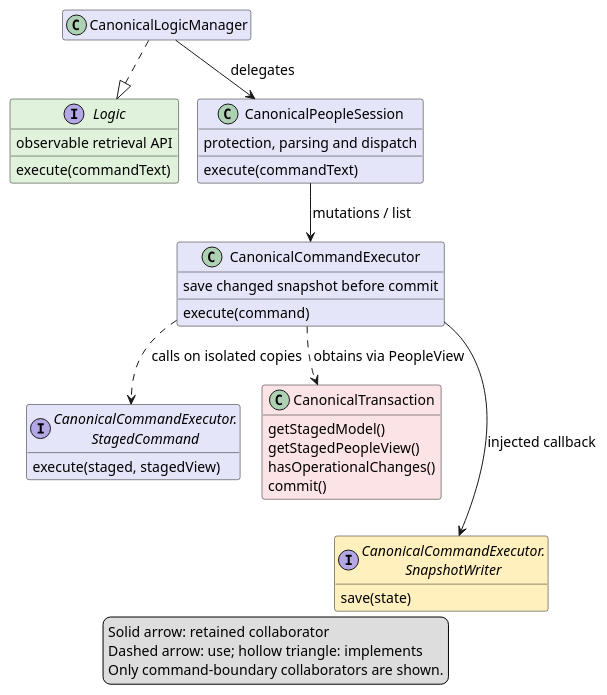
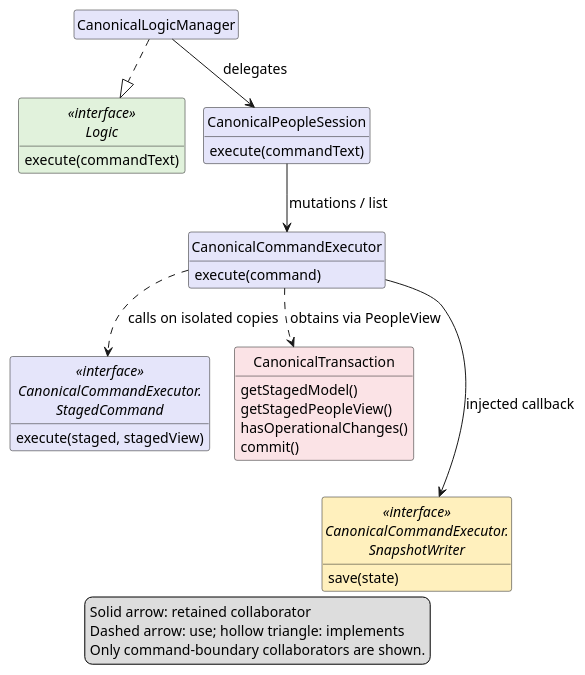
One commit to AY2627S1-CS2103T-F13-3/tp changed the diagram in docs/diagrams/LogicClassDiagram.puml. Above: the diagram before and after it, drawn with PlantUML. The commit also changed 2 other files, not shown here.

Commit message:
Correct Logic diagram interface notation
The Logic figure rendered tool badges in place of interface keywords
and placed responsibility prose in attribute compartments. Show the
three interface keywords explicitly, hide badges and keep responsibility
explanations in the adjacent guide without changing collaborator scope.

```diff
--- a/docs/diagrams/LogicClassDiagram.puml
+++ b/docs/diagrams/LogicClassDiagram.puml
@@ -1,46 +1,44 @@
 @startuml
 ' Updated by Ernest Chua with OpenAI Codex assistance (#220).
 !pragma layout smetana
+hide circle
 hide empty members
 skinparam defaultFontName Arial
 skinparam defaultFontSize 14
 skinparam shadowing false
 skinparam classAttributeIconSize 0
-interface Logic #E1F2DC {
+interface Logic <<interface>> #E1F2DC {
   execute(commandText)
-  observable retrieval API
 }
 class CanonicalLogicManager #E5E5FA
 class CanonicalPeopleSession #E5E5FA {
   execute(commandText)
-  protection, parsing and dispatch
 }
 class CanonicalCommandExecutor #E5E5FA {
   execute(command)
-  save changed snapshot before commit
 }
-interface "CanonicalCommandExecutor.\nStagedCommand" as StagedCommand #E5E5FA {
+interface "CanonicalCommandExecutor.\nStagedCommand" as StagedCommand <<interface>> #E5E5FA {
   execute(staged, stagedView)
 }
 class CanonicalTransaction #FBE3E6 {
   getStagedModel()
   getStagedPeopleView()
   hasOperationalChanges()
   commit()
 }
-interface "CanonicalCommandExecutor.\nSnapshotWriter" as Writer #FFF0BD {
+interface "CanonicalCommandExecutor.\nSnapshotWriter" as Writer <<interface>> #FFF0BD {
   save(state)
 }
 CanonicalLogicManager ..|> Logic
 CanonicalLogicManager --> CanonicalPeopleSession : delegates
 CanonicalPeopleSession --> CanonicalCommandExecutor : mutations / list
 CanonicalCommandExecutor ..> StagedCommand : calls on isolated copies
 CanonicalCommandExecutor ..> CanonicalTransaction : obtains via PeopleView
 CanonicalCommandExecutor --> Writer : injected callback
 CanonicalTransaction -[hidden]-> Writer
 legend bottom
   Solid arrow: retained collaborator
   Dashed arrow: use; hollow triangle: implements
   Only command-boundary collaborators are shown.
 endlegend
 @enduml
```
